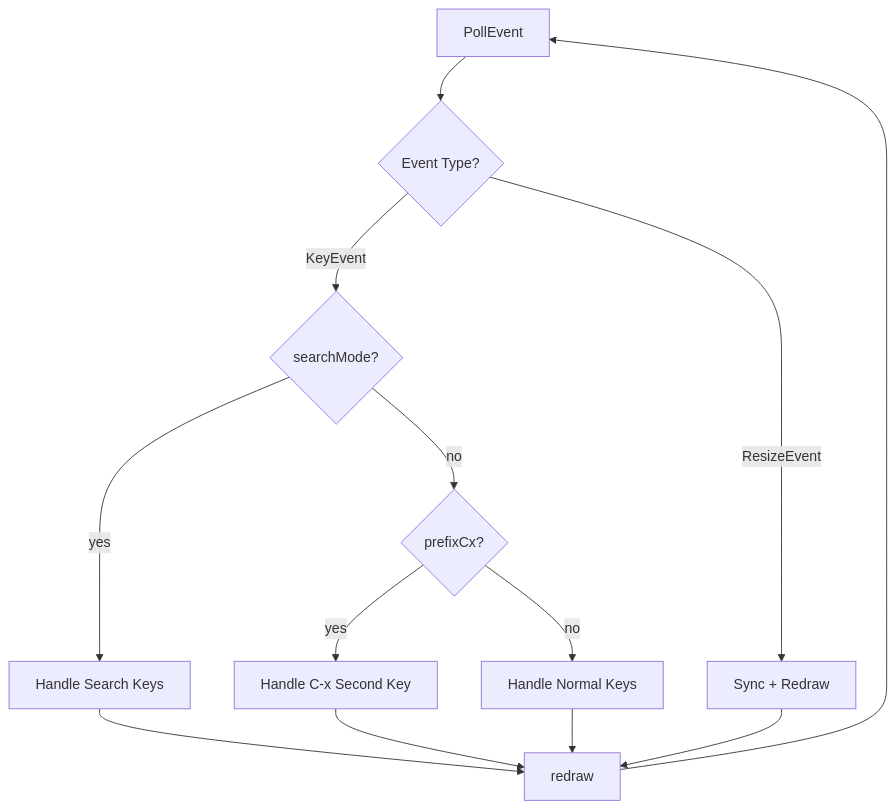
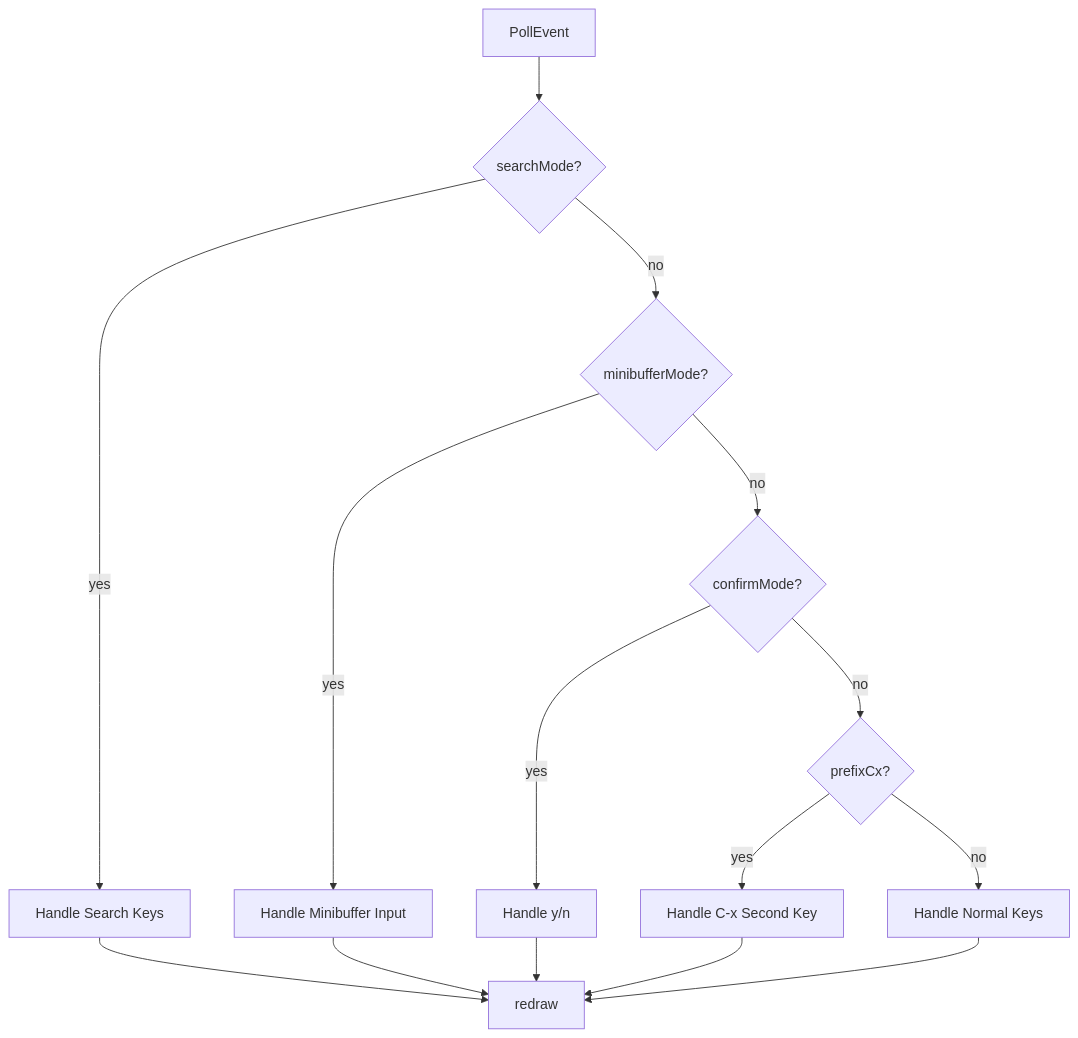
The second of 11 diagrams in impl_docs/event-loop.md (ryogrid/gomacs), drawn with Mermaid before and after one commit. The commit also changed other lines of this file and 4 other files, not shown here.

````diff
--- a/impl_docs/event-loop.md
+++ b/impl_docs/event-loop.md
@@ -50,19 +38,18 @@
 ```mermaid
 flowchart TD
-    A[PollEvent] --> B{Event Type?}
+    A[PollEvent] --> B{searchMode?}
+    B -->|yes| C[Handle Search Keys]
+    B -->|no| D{minibufferMode?}
+    D -->|yes| E[Handle Minibuffer Input]
+    D -->|no| F{confirmMode?}
+    F -->|yes| G[Handle y/n]
+    F -->|no| H{prefixCx?}
+    H -->|yes| I[Handle C-x Second Key]
+    H -->|no| J[Handle Normal Keys]
 
-    B -->|KeyEvent| C{searchMode?}
-    C -->|yes| D[Handle Search Keys]
-    C -->|no| E{prefixCx?}
-    E -->|yes| F[Handle C-x Second Key]
-    E -->|no| G[Handle Normal Keys]
-
-    B -->|ResizeEvent| H[Sync + Redraw]
-
-    D --> I[redraw]
-    F --> I
-    G --> I
-    H --> I
-
-    I --> A
+    C --> K[redraw]
+    E --> K
+    G --> K
+    I --> K
+    J --> K
 ```
````
